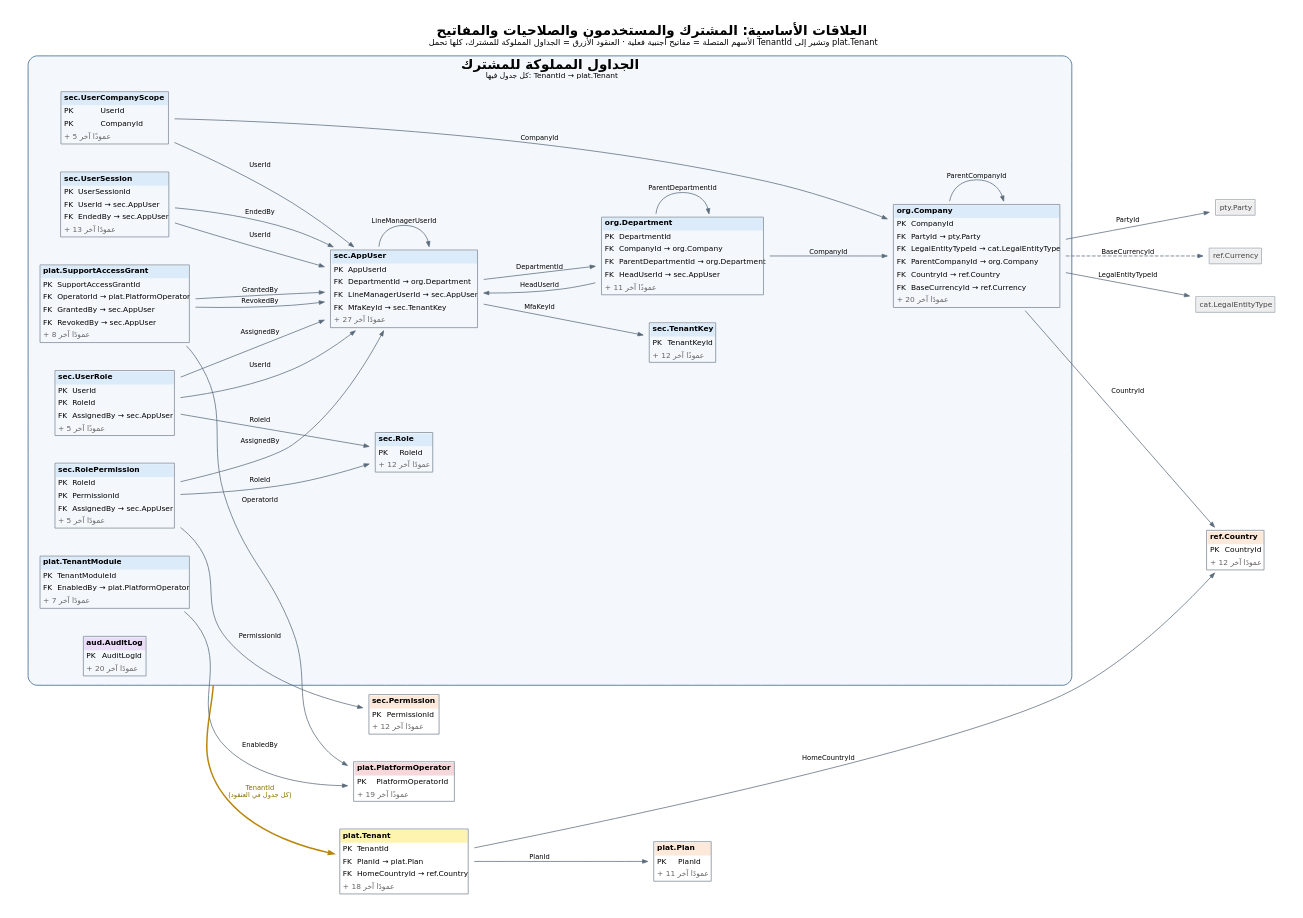
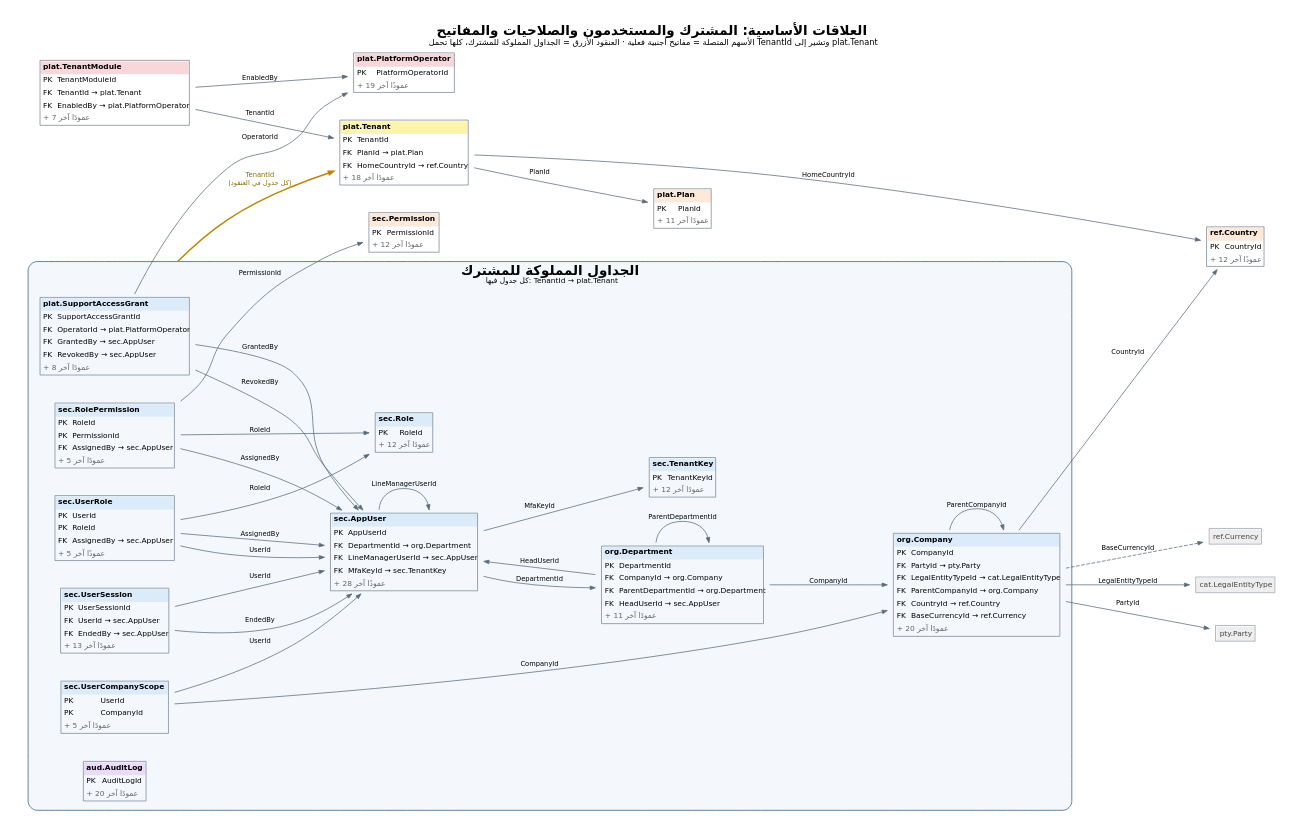
The diagram in treasury-platform/docs/diagrams/src/erd_00_core_tenancy.dot (thawrasy/smartlines), drawn with Graphviz before and after one commit. The commit also changed 80 other files, not shown here.

```diff
--- a/treasury-platform/docs/diagrams/src/erd_00_core_tenancy.dot
+++ b/treasury-platform/docs/diagrams/src/erd_00_core_tenancy.dot
@@ -1,57 +1,58 @@
 digraph G {
   compound=true;
   graph [fontname="DejaVu Sans", fontsize=18, label=<<B>العلاقات الأساسية: المشترك والمستخدمون والصلاحيات والمفاتيح</B><BR/><FONT POINT-SIZE="11">الأسهم المتصلة = مفاتيح أجنبية فعلية · العنقود الأزرق = الجداول المملوكة للمشترك، كلها تحمل TenantId وتشير إلى plat.Tenant</FONT>>, labelloc=t, rankdir=LR, nodesep=0.4, ranksep=1.2, pad=0.3, bgcolor="white", splines=true];
   node [shape=plaintext, fontname="DejaVu Sans", fontsize=10];
   edge [fontname="DejaVu Sans", fontsize=9, color="#5B6B7A", arrowsize=0.7];
   subgraph cluster_owned {
     label=<<B>الجداول المملوكة للمشترك</B><BR/><FONT POINT-SIZE="10">كل جدول فيها: TenantId → plat.Tenant</FONT>>; style="rounded,filled"; fillcolor="#F4F8FD"; color="#2B5C8A"; fontname="DejaVu Sans";
-    "plat.TenantModule" [label=<<TABLE BORDER="1" CELLBORDER="0" CELLSPACING="0" CELLPADDING="3" COLOR="#7A8794"><TR><TD BGCOLOR="#DCEBFA" ALIGN="LEFT" COLSPAN="2"><B>plat.TenantModule</B></TD></TR><TR><TD ALIGN="LEFT">PK</TD><TD ALIGN="LEFT">TenantModuleId</TD></TR><TR><TD ALIGN="LEFT">FK</TD><TD ALIGN="LEFT">EnabledBy → plat.PlatformOperator</TD></TR><TR><TD ALIGN="LEFT" COLSPAN="2"><FONT COLOR="#666666">+ 7 عمودًا آخر</FONT></TD></TR></TABLE>>];
     "plat.SupportAccessGrant" [label=<<TABLE BORDER="1" CELLBORDER="0" CELLSPACING="0" CELLPADDING="3" COLOR="#7A8794"><TR><TD BGCOLOR="#DCEBFA" ALIGN="LEFT" COLSPAN="2"><B>plat.SupportAccessGrant</B></TD></TR><TR><TD ALIGN="LEFT">PK</TD><TD ALIGN="LEFT">SupportAccessGrantId</TD></TR><TR><TD ALIGN="LEFT">FK</TD><TD ALIGN="LEFT">OperatorId → plat.PlatformOperator</TD></TR><TR><TD ALIGN="LEFT">FK</TD><TD ALIGN="LEFT">GrantedBy → sec.AppUser</TD></TR><TR><TD ALIGN="LEFT">FK</TD><TD ALIGN="LEFT">RevokedBy → sec.AppUser</TD></TR><TR><TD ALIGN="LEFT" COLSPAN="2"><FONT COLOR="#666666">+ 8 عمودًا آخر</FONT></TD></TR></TABLE>>];
     "sec.TenantKey" [label=<<TABLE BORDER="1" CELLBORDER="0" CELLSPACING="0" CELLPADDING="3" COLOR="#7A8794"><TR><TD BGCOLOR="#DCEBFA" ALIGN="LEFT" COLSPAN="2"><B>sec.TenantKey</B></TD></TR><TR><TD ALIGN="LEFT">PK</TD><TD ALIGN="LEFT">TenantKeyId</TD></TR><TR><TD ALIGN="LEFT" COLSPAN="2"><FONT COLOR="#666666">+ 12 عمودًا آخر</FONT></TD></TR></TABLE>>];
-    "sec.AppUser" [label=<<TABLE BORDER="1" CELLBORDER="0" CELLSPACING="0" CELLPADDING="3" COLOR="#7A8794"><TR><TD BGCOLOR="#DCEBFA" ALIGN="LEFT" COLSPAN="2"><B>sec.AppUser</B></TD></TR><TR><TD ALIGN="LEFT">PK</TD><TD ALIGN="LEFT">AppUserId</TD></TR><TR><TD ALIGN="LEFT">FK</TD><TD ALIGN="LEFT">DepartmentId → org.Department</TD></TR><TR><TD ALIGN="LEFT">FK</TD><TD ALIGN="LEFT">LineManagerUserId → sec.AppUser</TD></TR><TR><TD ALIGN="LEFT">FK</TD><TD ALIGN="LEFT">MfaKeyId → sec.TenantKey</TD></TR><TR><TD ALIGN="LEFT" COLSPAN="2"><FONT COLOR="#666666">+ 27 عمودًا آخر</FONT></TD></TR></TABLE>>];
+    "sec.AppUser" [label=<<TABLE BORDER="1" CELLBORDER="0" CELLSPACING="0" CELLPADDING="3" COLOR="#7A8794"><TR><TD BGCOLOR="#DCEBFA" ALIGN="LEFT" COLSPAN="2"><B>sec.AppUser</B></TD></TR><TR><TD ALIGN="LEFT">PK</TD><TD ALIGN="LEFT">AppUserId</TD></TR><TR><TD ALIGN="LEFT">FK</TD><TD ALIGN="LEFT">DepartmentId → org.Department</TD></TR><TR><TD ALIGN="LEFT">FK</TD><TD ALIGN="LEFT">LineManagerUserId → sec.AppUser</TD></TR><TR><TD ALIGN="LEFT">FK</TD><TD ALIGN="LEFT">MfaKeyId → sec.TenantKey</TD></TR><TR><TD ALIGN="LEFT" COLSPAN="2"><FONT COLOR="#666666">+ 28 عمودًا آخر</FONT></TD></TR></TABLE>>];
     "sec.Role" [label=<<TABLE BORDER="1" CELLBORDER="0" CELLSPACING="0" CELLPADDING="3" COLOR="#7A8794"><TR><TD BGCOLOR="#DCEBFA" ALIGN="LEFT" COLSPAN="2"><B>sec.Role</B></TD></TR><TR><TD ALIGN="LEFT">PK</TD><TD ALIGN="LEFT">RoleId</TD></TR><TR><TD ALIGN="LEFT" COLSPAN="2"><FONT COLOR="#666666">+ 12 عمودًا آخر</FONT></TD></TR></TABLE>>];
     "sec.RolePermission" [label=<<TABLE BORDER="1" CELLBORDER="0" CELLSPACING="0" CELLPADDING="3" COLOR="#7A8794"><TR><TD BGCOLOR="#DCEBFA" ALIGN="LEFT" COLSPAN="2"><B>sec.RolePermission</B></TD></TR><TR><TD ALIGN="LEFT">PK</TD><TD ALIGN="LEFT">RoleId</TD></TR><TR><TD ALIGN="LEFT">PK</TD><TD ALIGN="LEFT">PermissionId</TD></TR><TR><TD ALIGN="LEFT">FK</TD><TD ALIGN="LEFT">AssignedBy → sec.AppUser</TD></TR><TR><TD ALIGN="LEFT" COLSPAN="2"><FONT COLOR="#666666">+ 5 عمودًا آخر</FONT></TD></TR></TABLE>>];
     "sec.UserRole" [label=<<TABLE BORDER="1" CELLBORDER="0" CELLSPACING="0" CELLPADDING="3" COLOR="#7A8794"><TR><TD BGCOLOR="#DCEBFA" ALIGN="LEFT" COLSPAN="2"><B>sec.UserRole</B></TD></TR><TR><TD ALIGN="LEFT">PK</TD><TD ALIGN="LEFT">UserId</TD></TR><TR><TD ALIGN="LEFT">PK</TD><TD ALIGN="LEFT">RoleId</TD></TR><TR><TD ALIGN="LEFT">FK</TD><TD ALIGN="LEFT">AssignedBy → sec.AppUser</TD></TR><TR><TD ALIGN="LEFT" COLSPAN="2"><FONT COLOR="#666666">+ 5 عمودًا آخر</FONT></TD></TR></TABLE>>];
     "sec.UserCompanyScope" [label=<<TABLE BORDER="1" CELLBORDER="0" CELLSPACING="0" CELLPADDING="3" COLOR="#7A8794"><TR><TD BGCOLOR="#DCEBFA" ALIGN="LEFT" COLSPAN="2"><B>sec.UserCompanyScope</B></TD></TR><TR><TD ALIGN="LEFT">PK</TD><TD ALIGN="LEFT">UserId</TD></TR><TR><TD ALIGN="LEFT">PK</TD><TD ALIGN="LEFT">CompanyId</TD></TR><TR><TD ALIGN="LEFT" COLSPAN="2"><FONT COLOR="#666666">+ 5 عمودًا آخر</FONT></TD></TR></TABLE>>];
     "sec.UserSession" [label=<<TABLE BORDER="1" CELLBORDER="0" CELLSPACING="0" CELLPADDING="3" COLOR="#7A8794"><TR><TD BGCOLOR="#DCEBFA" ALIGN="LEFT" COLSPAN="2"><B>sec.UserSession</B></TD></TR><TR><TD ALIGN="LEFT">PK</TD><TD ALIGN="LEFT">UserSessionId</TD></TR><TR><TD ALIGN="LEFT">FK</TD><TD ALIGN="LEFT">UserId → sec.AppUser</TD></TR><TR><TD ALIGN="LEFT">FK</TD><TD ALIGN="LEFT">EndedBy → sec.AppUser</TD></TR><TR><TD ALIGN="LEFT" COLSPAN="2"><FONT COLOR="#666666">+ 13 عمودًا آخر</FONT></TD></TR></TABLE>>];
     "org.Company" [label=<<TABLE BORDER="1" CELLBORDER="0" CELLSPACING="0" CELLPADDING="3" COLOR="#7A8794"><TR><TD BGCOLOR="#DCEBFA" ALIGN="LEFT" COLSPAN="2"><B>org.Company</B></TD></TR><TR><TD ALIGN="LEFT">PK</TD><TD ALIGN="LEFT">CompanyId</TD></TR><TR><TD ALIGN="LEFT">FK</TD><TD ALIGN="LEFT">PartyId → pty.Party</TD></TR><TR><TD ALIGN="LEFT">FK</TD><TD ALIGN="LEFT">LegalEntityTypeId → cat.LegalEntityType</TD></TR><TR><TD ALIGN="LEFT">FK</TD><TD ALIGN="LEFT">ParentCompanyId → org.Company</TD></TR><TR><TD ALIGN="LEFT">FK</TD><TD ALIGN="LEFT">CountryId → ref.Country</TD></TR><TR><TD ALIGN="LEFT">FK</TD><TD ALIGN="LEFT">BaseCurrencyId → ref.Currency</TD></TR><TR><TD ALIGN="LEFT" COLSPAN="2"><FONT COLOR="#666666">+ 20 عمودًا آخر</FONT></TD></TR></TABLE>>];
     "org.Department" [label=<<TABLE BORDER="1" CELLBORDER="0" CELLSPACING="0" CELLPADDING="3" COLOR="#7A8794"><TR><TD BGCOLOR="#DCEBFA" ALIGN="LEFT" COLSPAN="2"><B>org.Department</B></TD></TR><TR><TD ALIGN="LEFT">PK</TD><TD ALIGN="LEFT">DepartmentId</TD></TR><TR><TD ALIGN="LEFT">FK</TD><TD ALIGN="LEFT">CompanyId → org.Company</TD></TR><TR><TD ALIGN="LEFT">FK</TD><TD ALIGN="LEFT">ParentDepartmentId → org.Department</TD></TR><TR><TD ALIGN="LEFT">FK</TD><TD ALIGN="LEFT">HeadUserId → sec.AppUser</TD></TR><TR><TD ALIGN="LEFT" COLSPAN="2"><FONT COLOR="#666666">+ 11 عمودًا آخر</FONT></TD></TR></TABLE>>];
     "aud.AuditLog" [label=<<TABLE BORDER="1" CELLBORDER="0" CELLSPACING="0" CELLPADDING="3" COLOR="#7A8794"><TR><TD BGCOLOR="#EADCF8" ALIGN="LEFT" COLSPAN="2"><B>aud.AuditLog</B></TD></TR><TR><TD ALIGN="LEFT">PK</TD><TD ALIGN="LEFT">AuditLogId</TD></TR><TR><TD ALIGN="LEFT" COLSPAN="2"><FONT COLOR="#666666">+ 20 عمودًا آخر</FONT></TD></TR></TABLE>>];
   }
   "plat.Tenant" [label=<<TABLE BORDER="1" CELLBORDER="0" CELLSPACING="0" CELLPADDING="3" COLOR="#7A8794"><TR><TD BGCOLOR="#FFF3B0" ALIGN="LEFT" COLSPAN="2"><B>plat.Tenant</B></TD></TR><TR><TD ALIGN="LEFT">PK</TD><TD ALIGN="LEFT">TenantId</TD></TR><TR><TD ALIGN="LEFT">FK</TD><TD ALIGN="LEFT">PlanId → plat.Plan</TD></TR><TR><TD ALIGN="LEFT">FK</TD><TD ALIGN="LEFT">HomeCountryId → ref.Country</TD></TR><TR><TD ALIGN="LEFT" COLSPAN="2"><FONT COLOR="#666666">+ 18 عمودًا آخر</FONT></TD></TR></TABLE>>];
   "plat.Plan" [label=<<TABLE BORDER="1" CELLBORDER="0" CELLSPACING="0" CELLPADDING="3" COLOR="#7A8794"><TR><TD BGCOLOR="#FDE9D9" ALIGN="LEFT" COLSPAN="2"><B>plat.Plan</B></TD></TR><TR><TD ALIGN="LEFT">PK</TD><TD ALIGN="LEFT">PlanId</TD></TR><TR><TD ALIGN="LEFT" COLSPAN="2"><FONT COLOR="#666666">+ 11 عمودًا آخر</FONT></TD></TR></TABLE>>];
+  "plat.TenantModule" [label=<<TABLE BORDER="1" CELLBORDER="0" CELLSPACING="0" CELLPADDING="3" COLOR="#7A8794"><TR><TD BGCOLOR="#F8D7DA" ALIGN="LEFT" COLSPAN="2"><B>plat.TenantModule</B></TD></TR><TR><TD ALIGN="LEFT">PK</TD><TD ALIGN="LEFT">TenantModuleId</TD></TR><TR><TD ALIGN="LEFT">FK</TD><TD ALIGN="LEFT">TenantId → plat.Tenant</TD></TR><TR><TD ALIGN="LEFT">FK</TD><TD ALIGN="LEFT">EnabledBy → plat.PlatformOperator</TD></TR><TR><TD ALIGN="LEFT" COLSPAN="2"><FONT COLOR="#666666">+ 7 عمودًا آخر</FONT></TD></TR></TABLE>>];
   "plat.PlatformOperator" [label=<<TABLE BORDER="1" CELLBORDER="0" CELLSPACING="0" CELLPADDING="3" COLOR="#7A8794"><TR><TD BGCOLOR="#F8D7DA" ALIGN="LEFT" COLSPAN="2"><B>plat.PlatformOperator</B></TD></TR><TR><TD ALIGN="LEFT">PK</TD><TD ALIGN="LEFT">PlatformOperatorId</TD></TR><TR><TD ALIGN="LEFT" COLSPAN="2"><FONT COLOR="#666666">+ 19 عمودًا آخر</FONT></TD></TR></TABLE>>];
   "sec.Permission" [label=<<TABLE BORDER="1" CELLBORDER="0" CELLSPACING="0" CELLPADDING="3" COLOR="#7A8794"><TR><TD BGCOLOR="#FDE9D9" ALIGN="LEFT" COLSPAN="2"><B>sec.Permission</B></TD></TR><TR><TD ALIGN="LEFT">PK</TD><TD ALIGN="LEFT">PermissionId</TD></TR><TR><TD ALIGN="LEFT" COLSPAN="2"><FONT COLOR="#666666">+ 12 عمودًا آخر</FONT></TD></TR></TABLE>>];
   "ref.Country" [label=<<TABLE BORDER="1" CELLBORDER="0" CELLSPACING="0" CELLPADDING="3" COLOR="#7A8794"><TR><TD BGCOLOR="#FDE9D9" ALIGN="LEFT" COLSPAN="2"><B>ref.Country</B></TD></TR><TR><TD ALIGN="LEFT">PK</TD><TD ALIGN="LEFT">CountryId</TD></TR><TR><TD ALIGN="LEFT" COLSPAN="2"><FONT COLOR="#666666">+ 12 عمودًا آخر</FONT></TD></TR></TABLE>>];
   "cat.LegalEntityType" [label=<<TABLE BORDER="1" CELLBORDER="0" CELLSPACING="0" CELLPADDING="4" COLOR="#9AA3AD"><TR><TD BGCOLOR="#EEEEEE"><FONT COLOR="#444444">cat.LegalEntityType</FONT></TD></TR></TABLE>>];
   "pty.Party" [label=<<TABLE BORDER="1" CELLBORDER="0" CELLSPACING="0" CELLPADDING="4" COLOR="#9AA3AD"><TR><TD BGCOLOR="#EEEEEE"><FONT COLOR="#444444">pty.Party</FONT></TD></TR></TABLE>>];
   "ref.Currency" [label=<<TABLE BORDER="1" CELLBORDER="0" CELLSPACING="0" CELLPADDING="4" COLOR="#9AA3AD"><TR><TD BGCOLOR="#EEEEEE"><FONT COLOR="#444444">ref.Currency</FONT></TD></TR></TABLE>>];
   "org.Company" -> "cat.LegalEntityType" [label="LegalEntityTypeId", style=solid];
   "org.Company" -> "org.Company" [label="ParentCompanyId", style=solid];
   "org.Company" -> "pty.Party" [label="PartyId", style=solid];
   "org.Company" -> "ref.Country" [label="CountryId", style=solid];
   "org.Company" -> "ref.Currency" [label="BaseCurrencyId", style=dashed];
   "org.Department" -> "org.Company" [label="CompanyId", style=solid];
   "org.Department" -> "org.Department" [label="ParentDepartmentId", style=solid];
   "org.Department" -> "sec.AppUser" [label="HeadUserId", style=solid];
   "plat.SupportAccessGrant" -> "plat.PlatformOperator" [label="OperatorId", style=solid];
   "plat.SupportAccessGrant" -> "sec.AppUser" [label="GrantedBy", style=solid];
   "plat.SupportAccessGrant" -> "sec.AppUser" [label="RevokedBy", style=solid];
   "plat.Tenant" -> "plat.Plan" [label="PlanId", style=solid];
   "plat.Tenant" -> "ref.Country" [label="HomeCountryId", style=solid];
   "plat.TenantModule" -> "plat.PlatformOperator" [label="EnabledBy", style=solid];
+  "plat.TenantModule" -> "plat.Tenant" [label="TenantId", style=solid];
   "sec.AppUser" -> "org.Department" [label="DepartmentId", style=solid];
   "sec.AppUser" -> "sec.AppUser" [label="LineManagerUserId", style=solid];
   "sec.AppUser" -> "sec.TenantKey" [label="MfaKeyId", style=solid];
   "sec.RolePermission" -> "sec.AppUser" [label="AssignedBy", style=solid];
   "sec.RolePermission" -> "sec.Permission" [label="PermissionId", style=solid];
   "sec.RolePermission" -> "sec.Role" [label="RoleId", style=solid];
   "sec.UserCompanyScope" -> "org.Company" [label="CompanyId", style=solid];
   "sec.UserCompanyScope" -> "sec.AppUser" [label="UserId", style=solid];
   "sec.UserRole" -> "sec.AppUser" [label="AssignedBy", style=solid];
   "sec.UserRole" -> "sec.AppUser" [label="UserId", style=solid];
   "sec.UserRole" -> "sec.Role" [label="RoleId", style=solid];
   "sec.UserSession" -> "sec.AppUser" [label="EndedBy", style=solid];
   "sec.UserSession" -> "sec.AppUser" [label="UserId", style=solid];
-  "plat.TenantModule" -> "plat.Tenant" [ltail=cluster_owned, label="TenantId\n(كل جدول في العنقود)", style=bold, color="#B8860B", fontcolor="#8A6D00", penwidth=2];
+  "plat.SupportAccessGrant" -> "plat.Tenant" [ltail=cluster_owned, label="TenantId\n(كل جدول في العنقود)", style=bold, color="#B8860B", fontcolor="#8A6D00", penwidth=2];
 }
```
